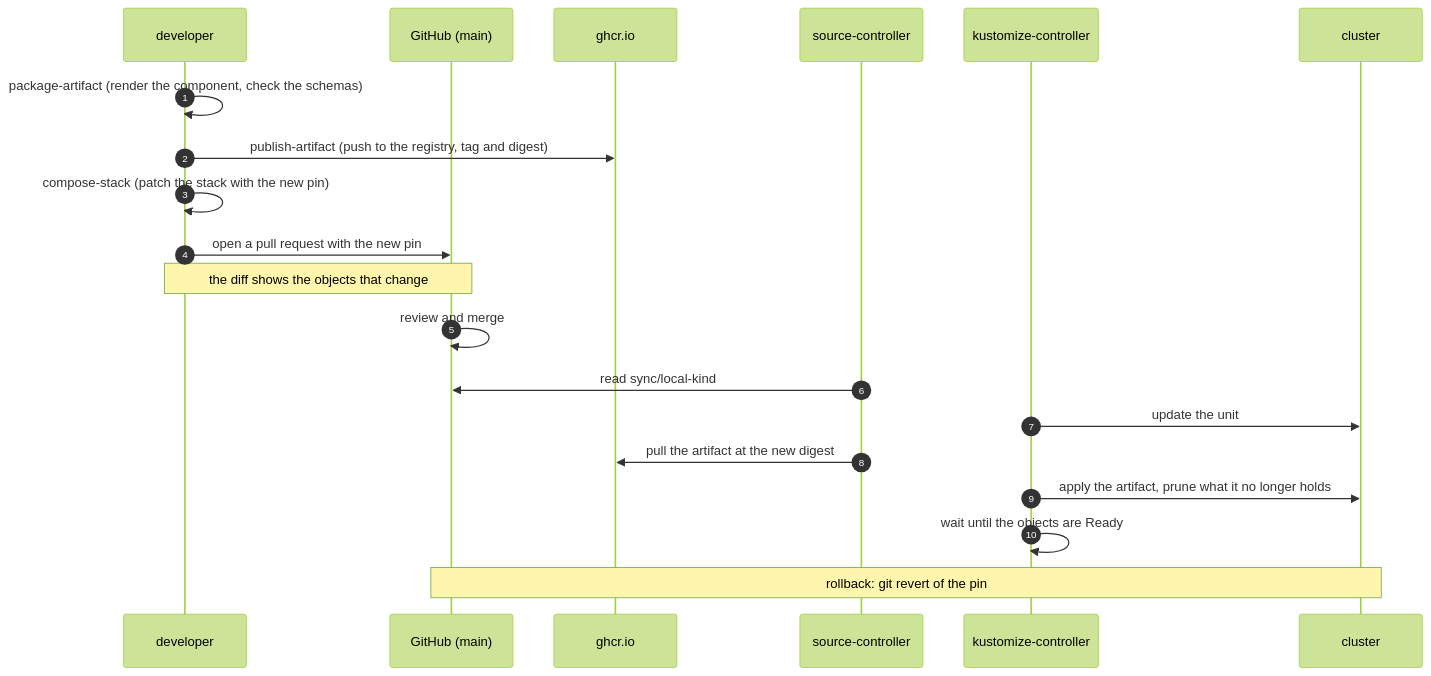
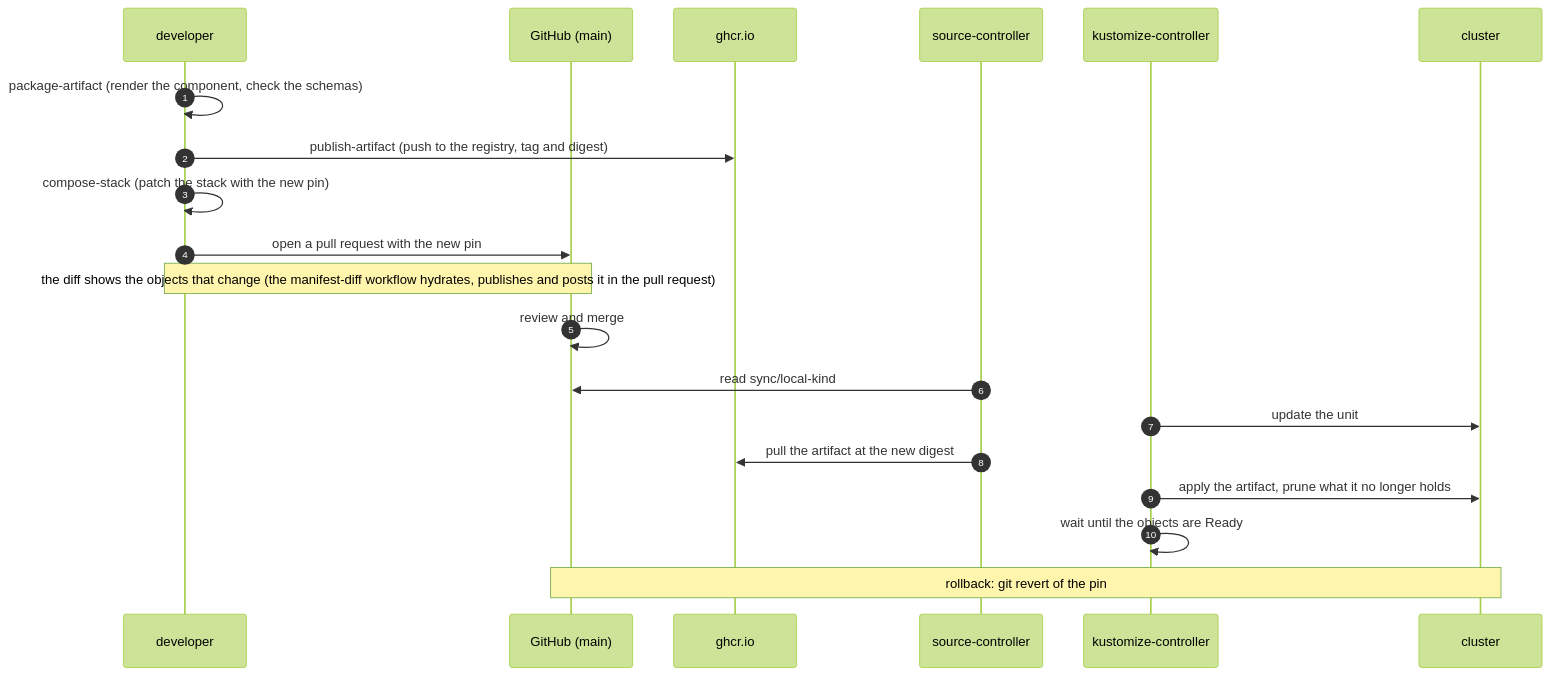
Before and after one commit to raghav19/engineersdaybook: the second of 4 diagrams in code/mcp-sandbox/part-3-mcp-guardrails/docs/orchestration.md, drawn with Mermaid (forest theme). The commit also changed 11 other files, not shown here.

````diff
--- a/code/mcp-sandbox/part-3-mcp-guardrails/docs/orchestration.md
+++ b/code/mcp-sandbox/part-3-mcp-guardrails/docs/orchestration.md
@@ -67,23 +67,23 @@
 ```mermaid
 sequenceDiagram
     autonumber
     participant D as developer
     participant G as GitHub (main)
     participant R as ghcr.io
     participant S as source-controller
     participant C as kustomize-controller
     participant K as cluster
 
     D->>D: package-artifact (render the component, check the schemas)
     D->>R: publish-artifact (push to the registry, tag and digest)
     D->>D: compose-stack (patch the stack with the new pin)
     D->>G: open a pull request with the new pin
-    Note over D,G: the diff shows the objects that change
+    Note over D,G: the diff shows the objects that change (the manifest-diff workflow hydrates, publishes and posts it in the pull request)
     G->>G: review and merge
     S->>G: read sync/local-kind
     C->>K: update the unit
     S->>R: pull the artifact at the new digest
     C->>K: apply the artifact, prune what it no longer holds
     C->>C: wait until the objects are Ready
     Note over G,K: rollback: git revert of the pin
 ```
````
